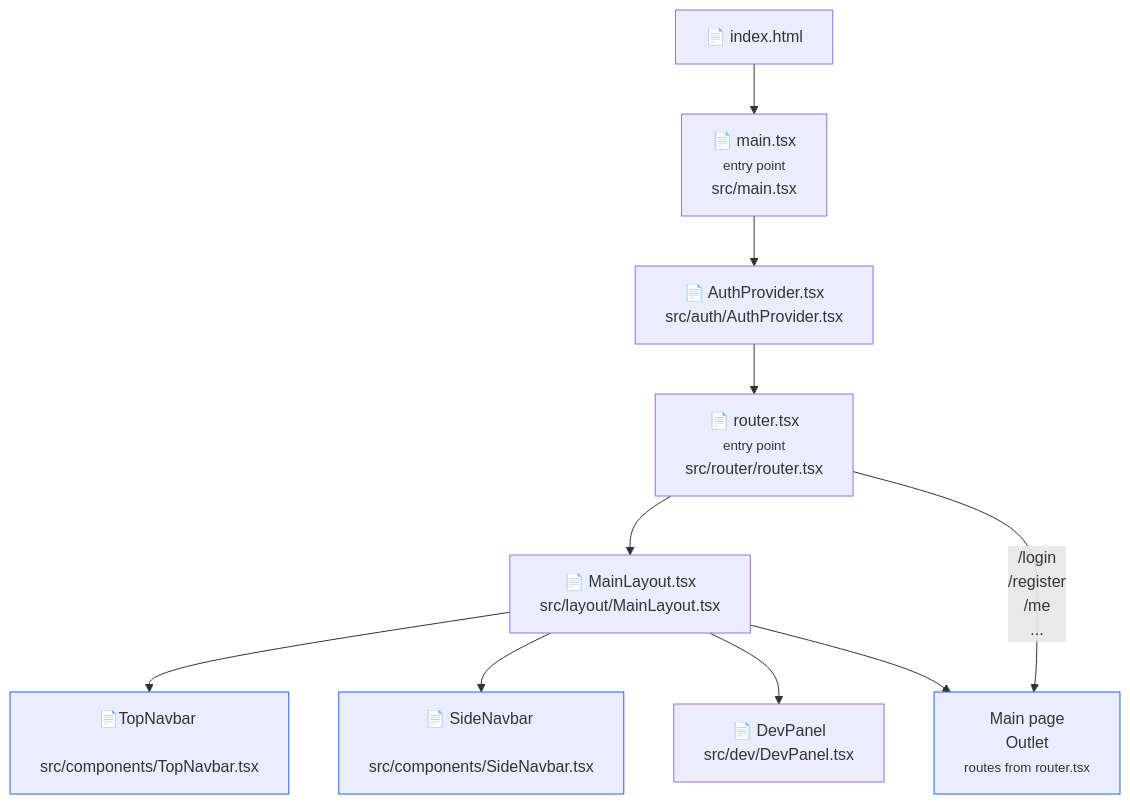
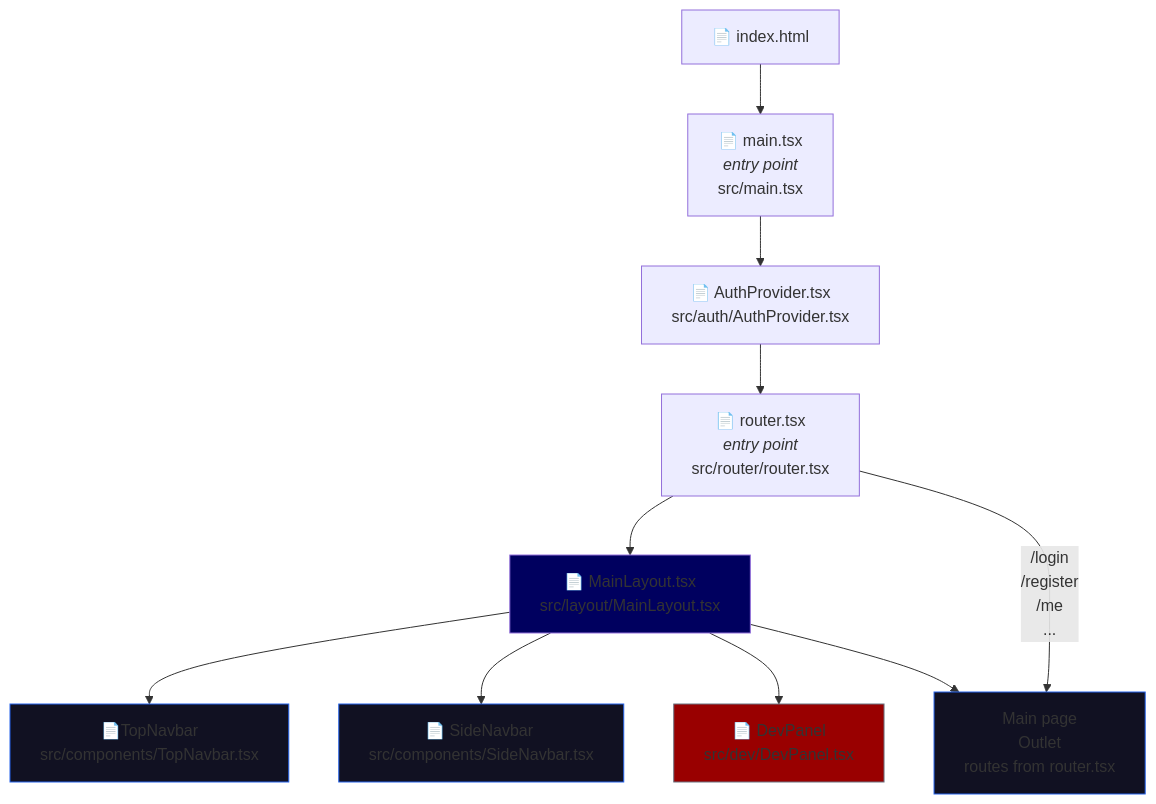
Before and after one commit to ckl67/SkoreFlow: the first of 2 diagrams in docs/frontend/architecture-mermaid.md, drawn with Mermaid. The commit also changed other lines of this file and 14 other files, not shown here.

````diff
--- a/docs/frontend/architecture-mermaid.md
+++ b/docs/frontend/architecture-mermaid.md
@@ -10,49 +10,68 @@
 ```mermaid
 graph TD
 
 %% ClassDef
-classDef file fill:#f3f4f6,stroke:#6b7280;
-classDef component fill:#deafe,stroke:#2563eb;
-classDef function fill:#fef3c7,stroke:#d97706;
+classDef file fill:#990000,stroke:#6b7280;
+classDef component fill:#111122,stroke:#2563eb;
+classDef main fill:#00005F
 
 %% html entry : point
 INDEX["📄 index.html"]
 
 %% react entry point : main.tsx
-MAIN["📄 main.tsx <br/> <small> entry point</small>  <br/> src/main.tsx"]
-AUTH["📄 AuthProvider.tsx <br/>  src/auth/AuthProvider.tsx"]
-ROUTER["📄 router.tsx <br> <small> entry point</small>  <br/> src/router/router.tsx"]
+MAIN["`📄 main.tsx
+*entry point*
+src/main.tsx`"]
+
+AUTH["`📄 AuthProvider.tsx
+src/auth/AuthProvider.tsx`"]
+
+ROUTER["`📄 router.tsx
+*entry point*
+src/router/router.tsx`"]
 
 INDEX --> MAIN
 MAIN --> AUTH
 AUTH --> ROUTER
 
 %% First element in router : MainLayout
-MAINLAYOUT["📄 MainLayout.tsx <br> src/layout/MainLayout.tsx"]
+%% <br> NOT supported here
+%% CR is OK !
+MAINLAYOUT["`📄 MainLayout.tsx
+src/layout/MainLayout.tsx`"]
 
 ROUTER --> MAINLAYOUT
 
 %% In MainLayout
-TOPNAVBAR["📄TopNavbar <br>  src/components/TopNavbar.tsx"]
+TOPNAVBAR["`📄TopNavbar
+src/components/TopNavbar.tsx`"]
 
-SIDENAVBAR["📄 SideNavbar <br> src/components/SideNavbar.tsx"]
+SIDENAVBAR["`📄 SideNavbar src/components/SideNavbar.tsx`"]
 
 %% Then rest of the route to OUTLET
-OUTLET["Main page <br> Outlet <br> <small>routes from router.tsx"<small>]
+OUTLET["`Main page
+Outlet
+routes from router.tsx`"]
 
 %% DevPanel
-DEVPANEL["📄 DevPanel <br> src/dev/DevPanel.tsx"]
+DEVPANEL["`📄 DevPanel
+ src/dev/DevPanel.tsx`"]
 
 MAINLAYOUT --> TOPNAVBAR
 MAINLAYOUT --> SIDENAVBAR
 MAINLAYOUT --> DEVPANEL
 MAINLAYOUT --> OUTLET
 
-ROUTER --> |/login <br> /register <br> /me <br> ...| OUTLET
+%% <br/> NOT supported here
+ROUTER --> |/login
+/register
+/me
+...| OUTLET
 
 
 %% Class application
 
 class TOPNAVBAR,SIDENAVBAR,OUTLET component;
-class login,logout,refreshMe,useAuth function;
+class DEVPANEL file;
+class MAINLAYOUT main;
 ```
````
